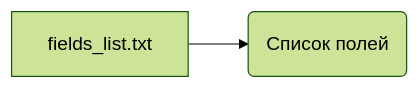
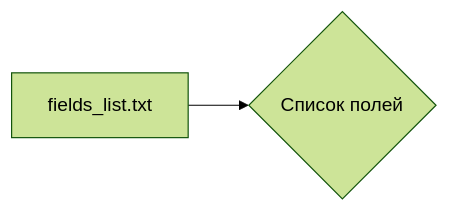
Before and after one commit to hypo69/hypo: the diagram in docs/gemini/ru/explainer/src/product/product_fields/fields_list.md, drawn with Mermaid (forest theme). The commit also changed other lines of this file and 468 other files, not shown here.

````diff
--- a/docs/gemini/ru/explainer/src/product/product_fields/fields_list.md
+++ b/docs/gemini/ru/explainer/src/product/product_fields/fields_list.md
@@ -97,4 +96,4 @@
 ```mermaid
 graph LR
-    A[fields_list.txt] --> B(Список полей);
+    A[fields_list.txt] --> B{Список полей};
 ```
````
